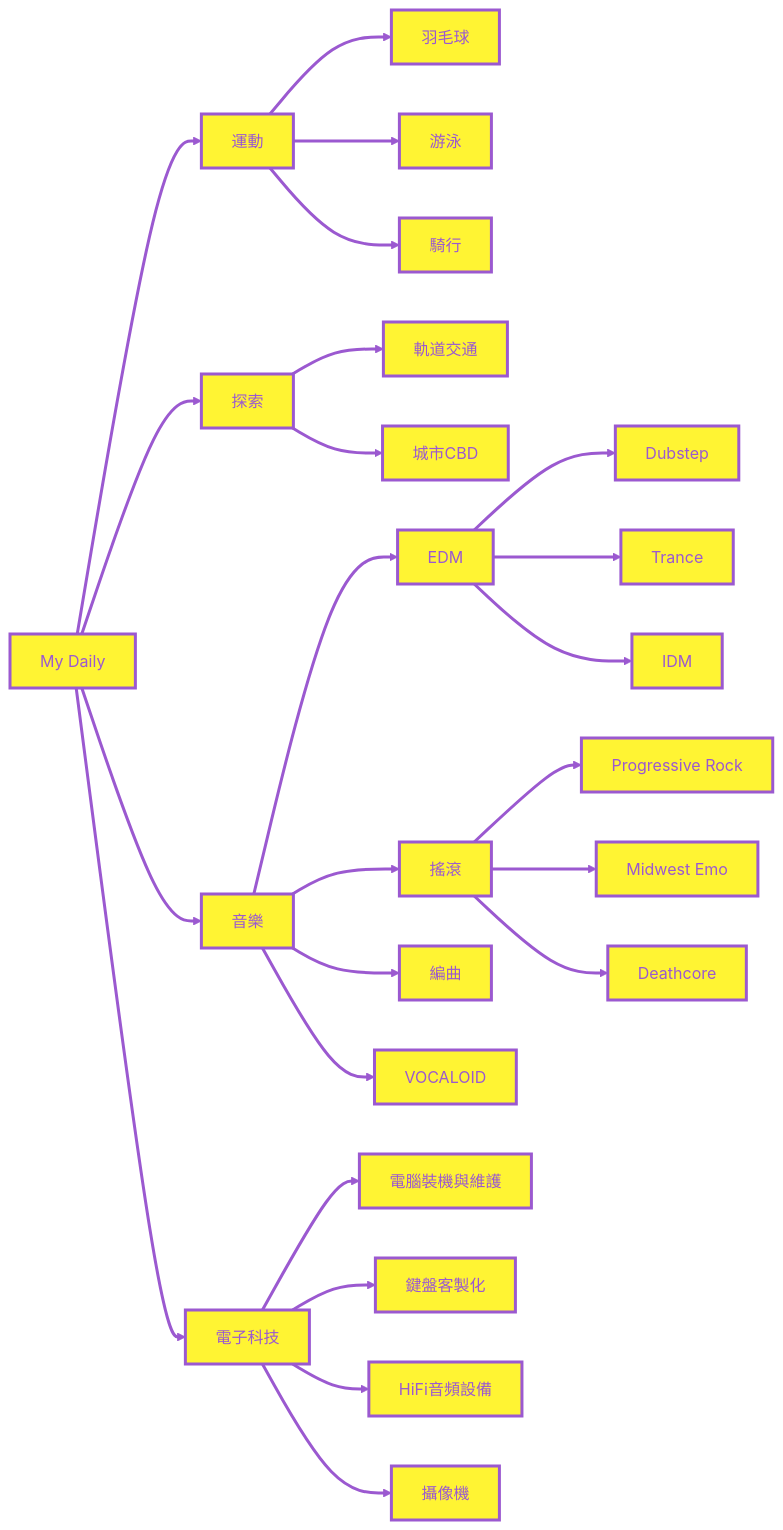
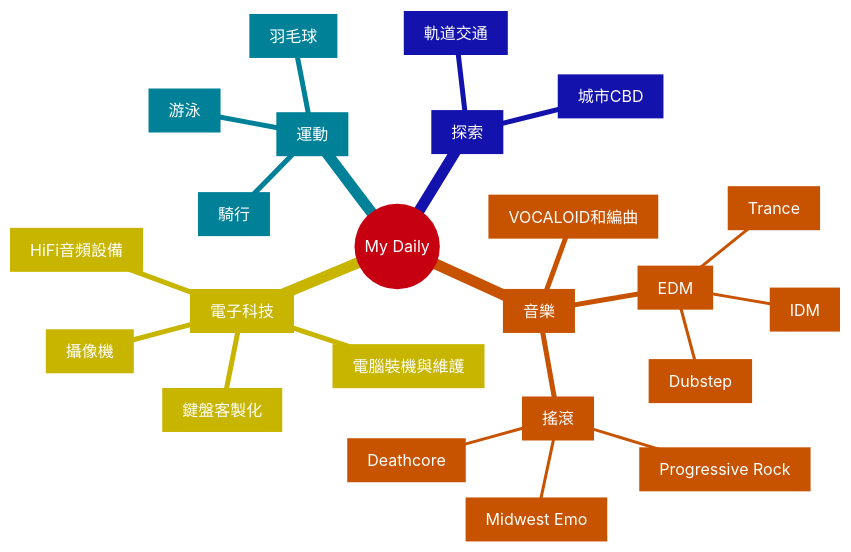
The diagram in README.md (QinAnze/QinAnze), drawn with Mermaid before and after one commit. The commit also changed 1 other file, not shown here.

Commit message:
Update README: radial mindmap with vibrant colors, transparent bg for dark mode

````diff
--- a/README.md
+++ b/README.md
@@ -57,30 +57,27 @@
 ```mermaid
-%%{init: {'theme': 'base', 'themeVariables': {'primaryColor': '#ffffff', 'primaryTextColor': '#000000', 'primaryBorderColor': '#000000', 'lineColor': '#000000', 'background': '#ffffff', 'mainBkg': '#ffffff', 'borderRadius': 0}}}%%
-flowchart LR
-    classDef default fill:#fff433,stroke:#9b59d0,stroke-width:3px,color:#9b59d0;
-    linkStyle default stroke:#9b59d0,stroke-width:3px;
-    A[My Daily]
-    A --> B[運動]
-    A --> C[探索]
-    A --> D[音樂]
-    A --> E[電子科技]
-    B --> B1[羽毛球]
-    B --> B2[游泳]
-    B --> B3[騎行]
-    C --> C1[軌道交通]
-    C --> C2[城市CBD]
-    D --> D1[EDM]
-    D --> D2[搖滾]
-    D --> D3[編曲]
-    D --> D4[VOCALOID]
-    D1 --> D1A[Dubstep]
-    D1 --> D1B[Trance]
-    D1 --> D1C[IDM]
-    D2 --> D2A[Progressive Rock]
-    D2 --> D2B[Midwest Emo]
-    D2 --> D2C[Deathcore]
-    E --> E1[電腦裝機與維護]
-    E --> E2[鍵盤客製化]
-    E --> E3[HiFi音頻設備]
-    E --> E4[攝像機]
+%%{init: {'theme': 'base', 'themeVariables': {'primaryColor': '#FF4757', 'primaryTextColor': '#fff', 'primaryBorderColor': '#FF4757', 'secondaryColor': '#18DCFF', 'secondaryTextColor': '#fff', 'secondaryBorderColor': '#18DCFF', 'tertiaryColor': '#5352ED', 'tertiaryTextColor': '#fff', 'tertiaryBorderColor': '#5352ED', 'lineColor': '#70A1FF', 'background': 'transparent', 'mainBkg': 'transparent'}}}%%
+mindmap
+  root((My Daily))
+    B[運動]
+      B1[羽毛球]
+      B2[游泳]
+      B3[騎行]
+    C[探索]
+      C1[軌道交通]
+      C2[城市CBD]
+    D[音樂]
+      D1[EDM]
+        D1A[Dubstep]
+        D1B[Trance]
+        D1C[IDM]
+      D2[搖滾]
+        D2A[Progressive Rock]
+        D2B[Midwest Emo]
+        D2C[Deathcore]
+      D3[VOCALOID和編曲]
+    E[電子科技]
+      E1[電腦裝機與維護]
+      E2[鍵盤客製化]
+      E3[HiFi音頻設備]
+      E4[攝像機]
 ```
````
